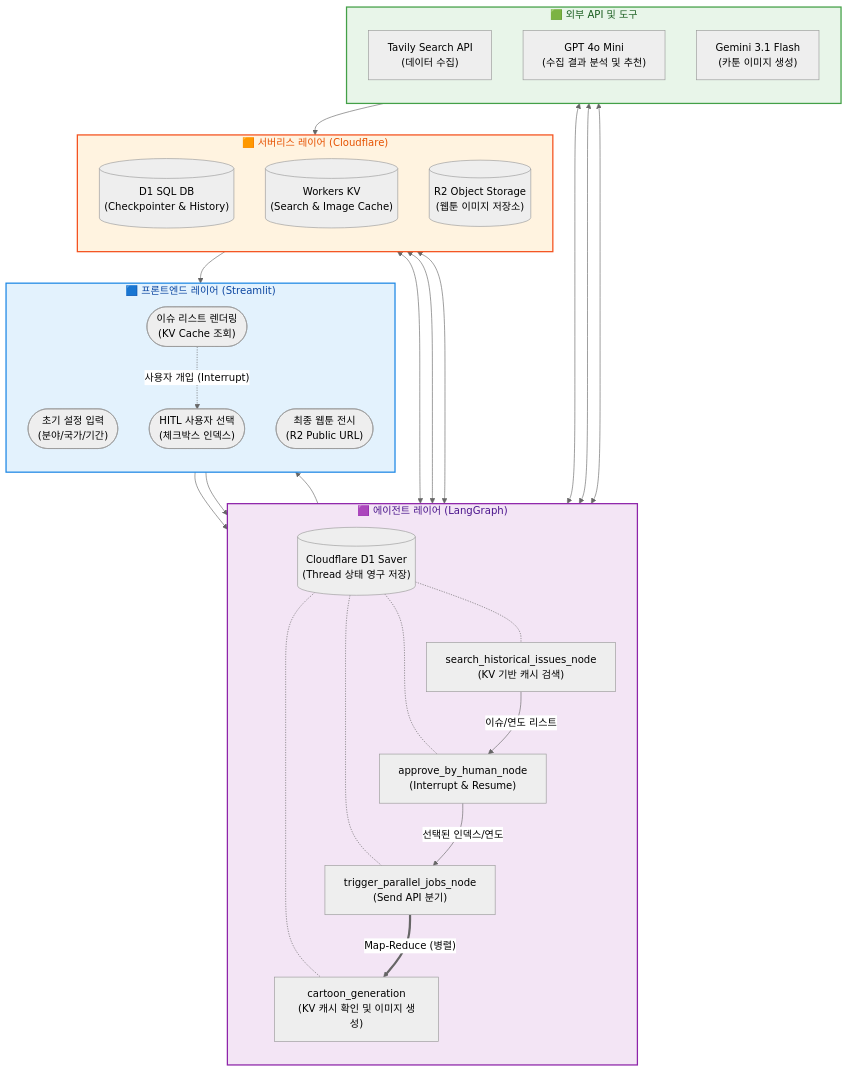
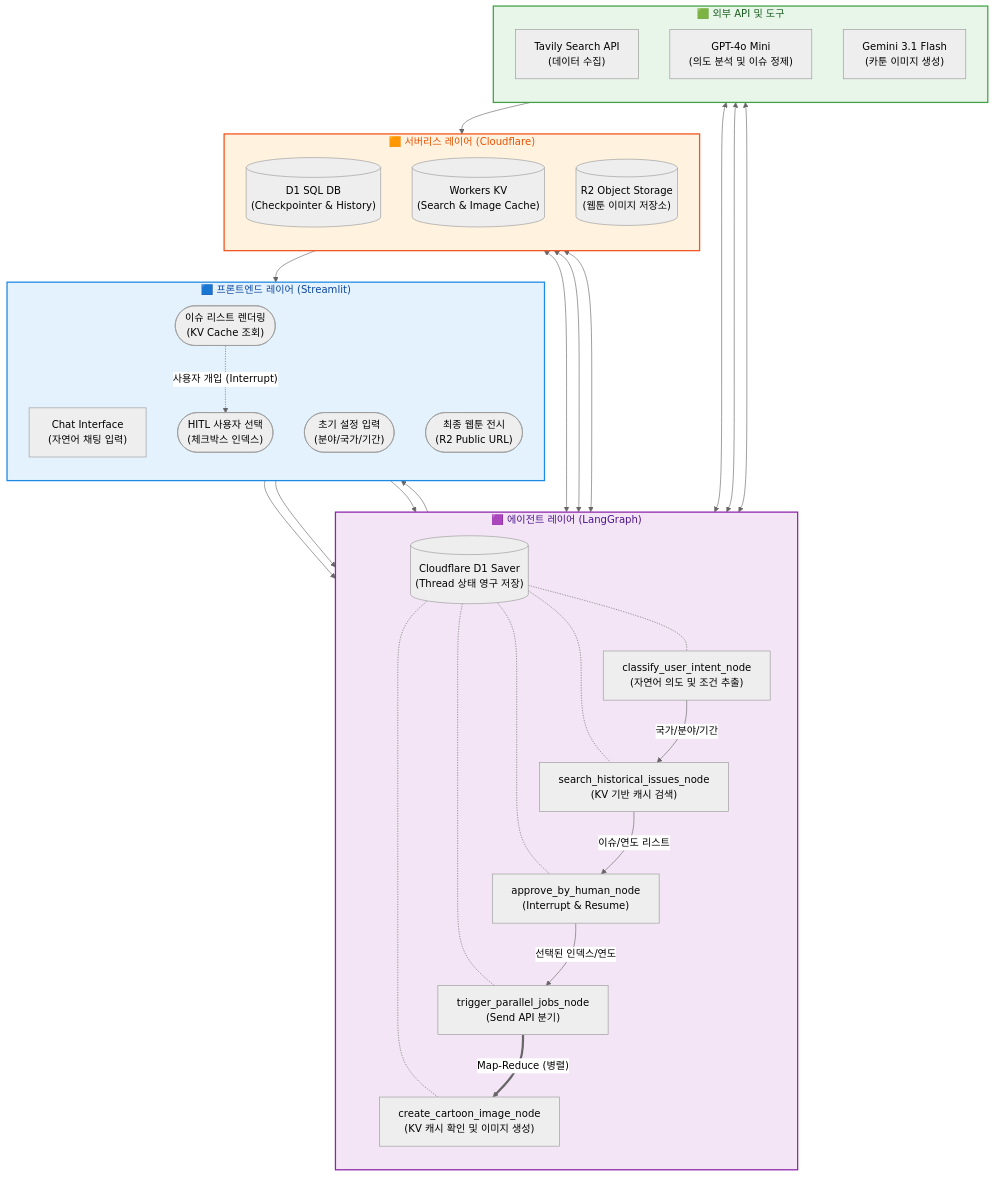
The diagram in geo_master_agents/README.md (toweringcloud/reflex-langgraph-challenge), drawn with Mermaid (neutral theme) before and after one commit. The commit also changed other lines of this file and 3 other files, not shown here.

Commit message:
geo master agent with chat interface

````diff
--- a/geo_master_agents/README.md
+++ b/geo_master_agents/README.md
@@ -51,66 +51,70 @@
 ```mermaid
 flowchart TB
     %% 스타일 정의
     classDef interface fill:#e3f2fd,stroke:#1e88e5,stroke-width:2px,color:#0d47a1
     classDef agent fill:#f3e5f5,stroke:#8e24aa,stroke-width:2px,color:#4a148c
     classDef serverless fill:#fff3e0,stroke:#f4511e,stroke-width:2px,color:#e65100
     classDef tools fill:#e8f5e9,stroke:#43a047,stroke-width:2px,color:#1b5e20
 
     subgraph Interface ["🟦 프론트엔드 레이어 (Streamlit)"]
         direction TB
+        Chat["Chat Interface<br/>(자연어 채팅 입력)"]
         UI1(["초기 설정 입력<br/>(분야/국가/기간)"])
         UI2(["이슈 리스트 렌더링<br/>(KV Cache 조회)"])
         UI3(["HITL 사용자 선택<br/>(체크박스 인덱스)"])
         UI4(["최종 웹툰 전시<br/>(R2 Public URL)"])
     end
 
     subgraph Agent ["🟪 에이전트 레이어 (LangGraph)"]
         direction TB
         Saver[("Cloudflare D1 Saver<br/>(Thread 상태 영구 저장)")]
+        N0["classify_user_intent_node<br/>(자연어 의도 및 조건 추출)"]
         N1["search_historical_issues_node<br/>(KV 기반 캐시 검색)"]
         N2["approve_by_human_node<br/>(Interrupt & Resume)"]
         N3["trigger_parallel_jobs_node<br/>(Send API 분기)"]
-        N4["cartoon_generation<br/>(KV 캐시 확인 및 이미지 생성)"]
+        N4["create_cartoon_image_node<br/>(KV 캐시 확인 및 이미지 생성)"]
 
-        Saver -.- N1 & N2 & N3 & N4
+        Saver -.- N0 & N1 & N2 & N3 & N4
+        N0 -->|국가/분야/기간| N1
         N1 -->|이슈/연도 리스트| N2
         N2 -->|선택된 인덱스/연도| N3
         N3 == "Map-Reduce (병렬)" ==> N4
     end
 
     subgraph Serverless ["🟧 서버리스 레이어 (Cloudflare)"]
         direction TB
         D1[("D1 SQL DB<br/>(Checkpointer & History)")]
         KV[("Workers KV<br/>(Search & Image Cache)")]
         R2[("R2 Object Storage<br/>(웹툰 이미지 저장소)")]
     end
 
     subgraph Tools ["🟩 외부 API 및 도구"]
         direction TB
         Tavily["Tavily Search API<br/>(데이터 수집)"]
-        GPT["GPT 4o Mini<br/>(수집 결과 분석 및 추천)"]
+        GPT["GPT-4o Mini<br/>(의도 분석 및 이슈 정제)"]
         Gemini["Gemini 3.1 Flash<br/>(카툰 이미지 생성)"]
     end
 
     %% 상호작용 흐름
-    UI1 --> N1
-    N1 <--> GPT
+    Chat --> N0
+    N0 <--> GPT
     N1 <--> KV
     N1 <--> Tavily
     N1 --> UI2
 
+    UI1 --> N1
     UI2 -. "사용자 개입 (Interrupt)" .-> UI3
     UI3 --> N2
     N2 <--> D1
 
     N4 <--> KV
     N4 <--> Gemini
     Gemini --> R2
     R2 --> UI4
 
     %% 클래스 적용
     class Interface interface
     class Agent agent
     class Serverless serverless
     class Tools tools
 ```
````
